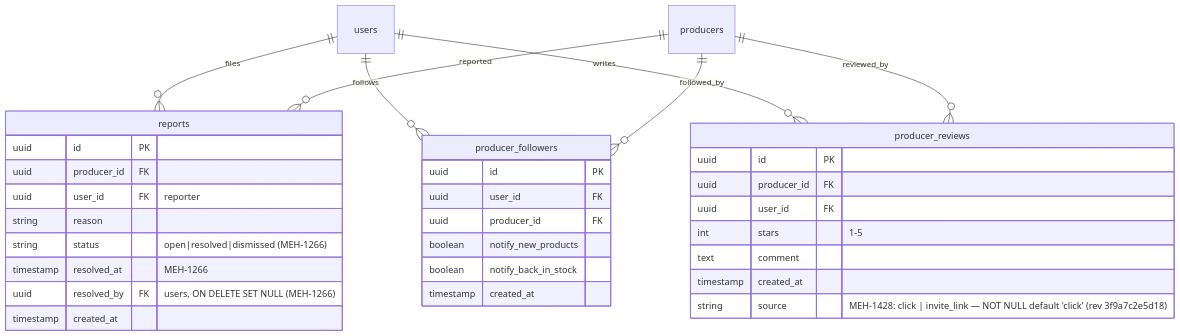
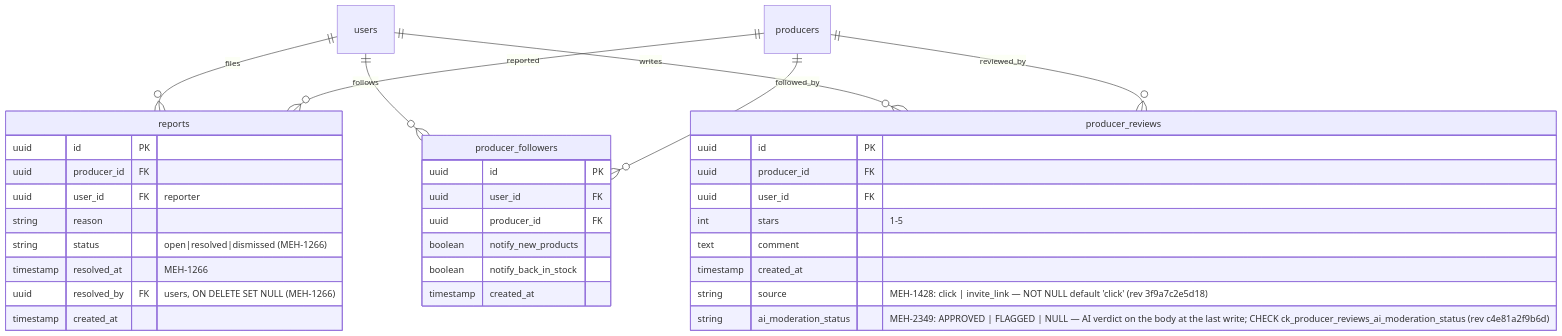
Before and after one commit to levismadar80-ship-it/FoodMamkor: the third of 4 diagrams in .ai/diagrams/db-schema.md, drawn with Mermaid. The commit also changed 15 other files, not shown here.

First line of the commit message:
feat(reviews): record the AI verdict on a review and show FLAGGED to admins

````diff
--- a/.ai/diagrams/db-schema.md
+++ b/.ai/diagrams/db-schema.md
@@ -272,39 +272,40 @@
 ```mermaid
 erDiagram
     users ||--o{ reports : "files"
     users ||--o{ producer_followers : "follows"
     users ||--o{ producer_reviews : "writes"
     producers ||--o{ reports : "reported"
     producers ||--o{ producer_followers : "followed_by"
     producers ||--o{ producer_reviews : "reviewed_by"
 
     reports {
         uuid id PK
         uuid producer_id FK
         uuid user_id FK "reporter"
         string reason
         string status "open|resolved|dismissed (MEH-1266)"
         timestamp resolved_at "MEH-1266"
         uuid resolved_by FK "users, ON DELETE SET NULL (MEH-1266)"
         timestamp created_at
     }
 
     producer_followers {
         uuid id PK
         uuid user_id FK
         uuid producer_id FK
         boolean notify_new_products
         boolean notify_back_in_stock
         timestamp created_at
     }
 
     producer_reviews {
         uuid id PK
         uuid producer_id FK
         uuid user_id FK
         int stars "1-5"
         text comment
         timestamp created_at
         string source "MEH-1428: click | invite_link — NOT NULL default 'click' (rev 3f9a7c2e5d18)"
+        string ai_moderation_status "MEH-2349: APPROVED | FLAGGED | NULL — AI verdict on the body at the last write; CHECK ck_producer_reviews_ai_moderation_status (rev c4e81a2f9b6d)"
     }
 ```
````
